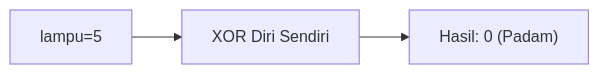
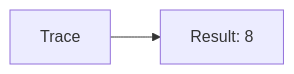
Before and after one commit to amnahwaida/OSNK_INF_PREP: the ninth of 25 diagrams in part-c-pemahaman-cpp/06-bitwise/latihan/set-01.md, drawn with Mermaid. The commit also changed other lines of this file and 71 other files, not shown here.

````diff
--- a/part-c-pemahaman-cpp/06-bitwise/latihan/set-01.md
+++ b/part-c-pemahaman-cpp/06-bitwise/latihan/set-01.md
@@ -213,5 +190,4 @@
 ```mermaid
 graph LR
-A["lampu=5"] --> B["XOR Diri Sendiri"]
-B --> C["Hasil: 0 (Padam)"]
+A[Trace] --> B[Result: 8]
 ```
````
